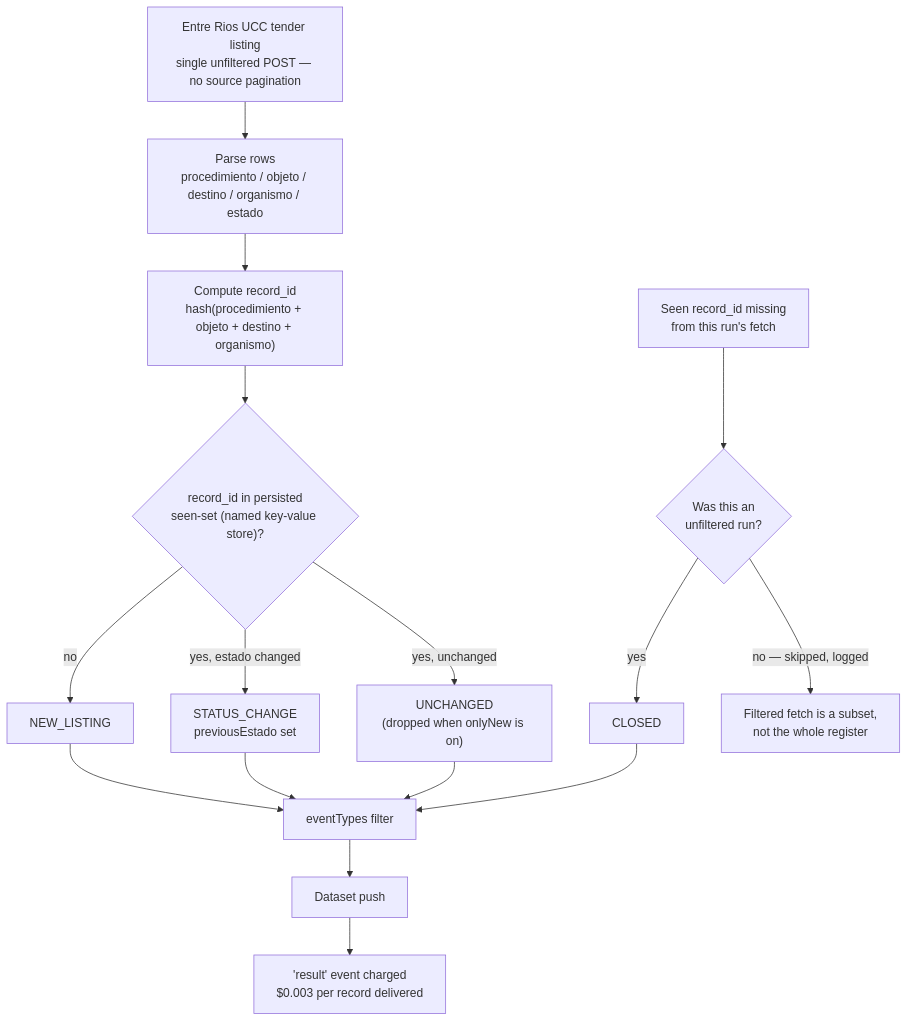
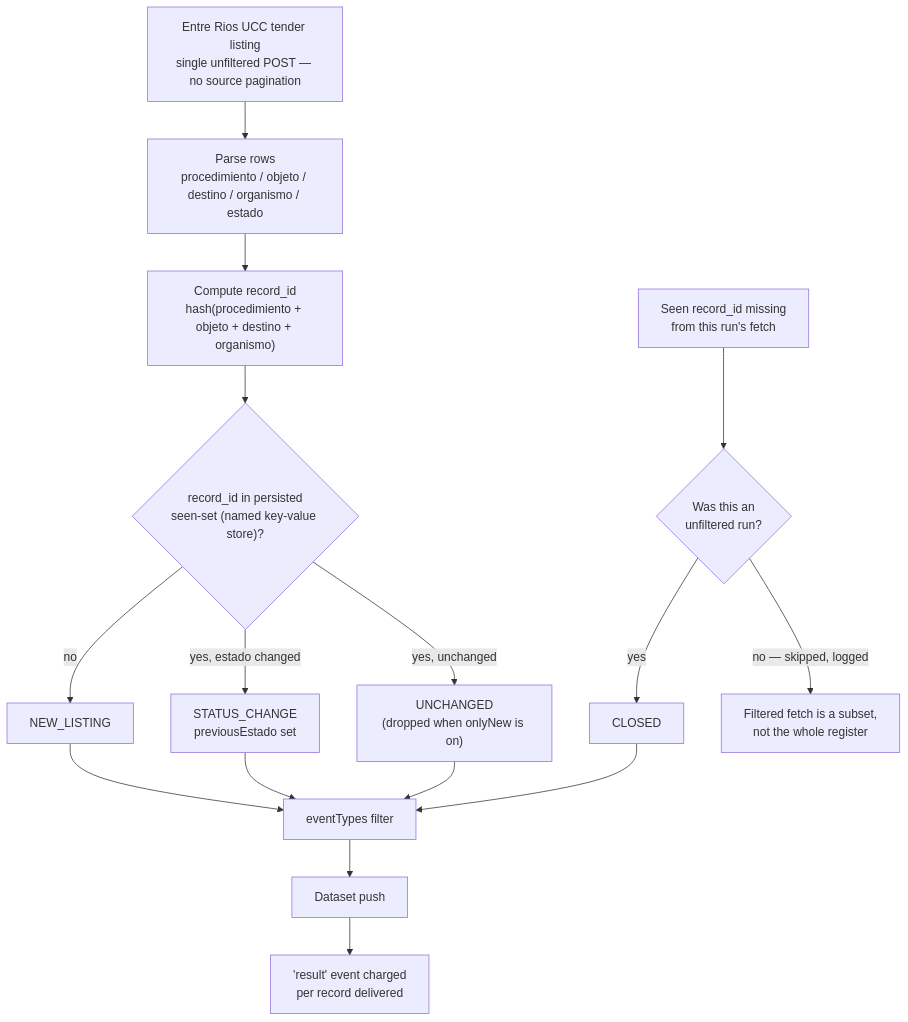
The diagram in README.md (stefanoseggio/entrerios-compras-monitor), drawn with Mermaid before and after one commit. The commit also changed other lines of this file, not shown here.

First line of the commit message:
Restructure README: Cost & BYOK disclosure, Quickstart, schema tables, Contributing

````diff
--- a/README.md
+++ b/README.md
@@ -34,18 +34,18 @@
 ```mermaid
 flowchart TD
     A["Entre Rios UCC tender listing<br/>single unfiltered POST — no source pagination"] --> B["Parse rows<br/>procedimiento / objeto / destino / organismo / estado"]
     B --> C["Compute record_id<br/>hash(procedimiento + objeto + destino + organismo)"]
     C --> D{"record_id in persisted<br/>seen-set (named key-value store)?"}
     D -- "no" --> E["NEW_LISTING"]
     D -- "yes, estado changed" --> F["STATUS_CHANGE<br/>previousEstado set"]
     D -- "yes, unchanged" --> G["UNCHANGED<br/>(dropped when onlyNew is on)"]
     H["Seen record_id missing<br/>from this run's fetch"] --> I{"Was this an<br/>unfiltered run?"}
     I -- "yes" --> J["CLOSED"]
     I -- "no — skipped, logged" --> K["Filtered fetch is a subset,<br/>not the whole register"]
     E --> L["eventTypes filter"]
     F --> L
     G --> L
     J --> L
     L --> M["Dataset push"]
-    M --> N["'result' event charged<br/>$0.003 per record delivered"]
+    M --> N["'result' event charged<br/>per record delivered"]
 ```
````
